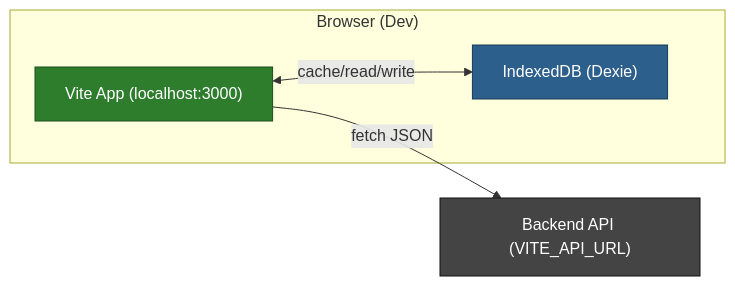
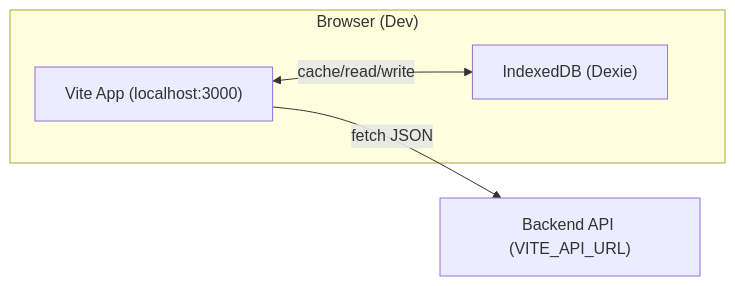
Before and after one commit to haowjy/meridian-flow: the diagram in _docs/technical/frontend/setup-quickstart.md, drawn with Mermaid. The commit also changed 46 other files, not shown here.

````diff
--- a/_docs/technical/frontend/setup-quickstart.md
+++ b/_docs/technical/frontend/setup-quickstart.md
@@ -41,21 +41,17 @@
 ```mermaid
 flowchart LR
     subgraph "Browser (Dev)"
       UI["Vite App (localhost:3000)"]
       IDB["IndexedDB (Dexie)"]
     end
 
     API["Backend API (VITE_API_URL)"]
 
     UI -->|"fetch JSON"| API
     UI <-->|"cache/read/write"| IDB
 
-    classDef primary fill:#2d7d2d,stroke:#1e4d1e,color:#fff
-    classDef storage fill:#2d5f8d,stroke:#1b3a56,color:#fff
-    classDef dev fill:#6d3a99,stroke:#41215e,color:#fff
-    classDef backend fill:#444,stroke:#111,color:#fff
 
     class UI primary
     class IDB storage
     class API backend
 ```
````
